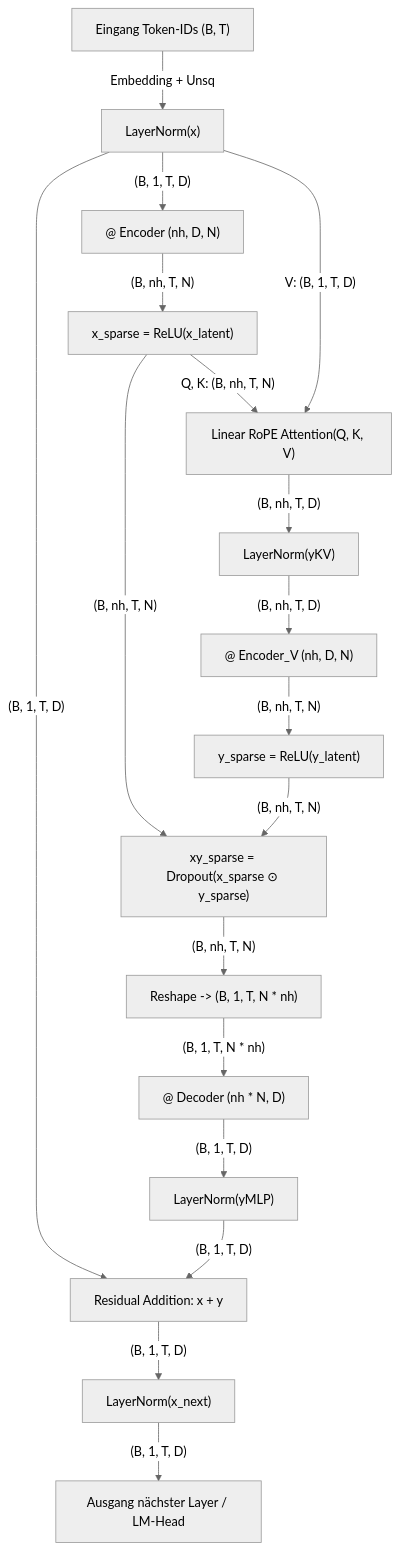
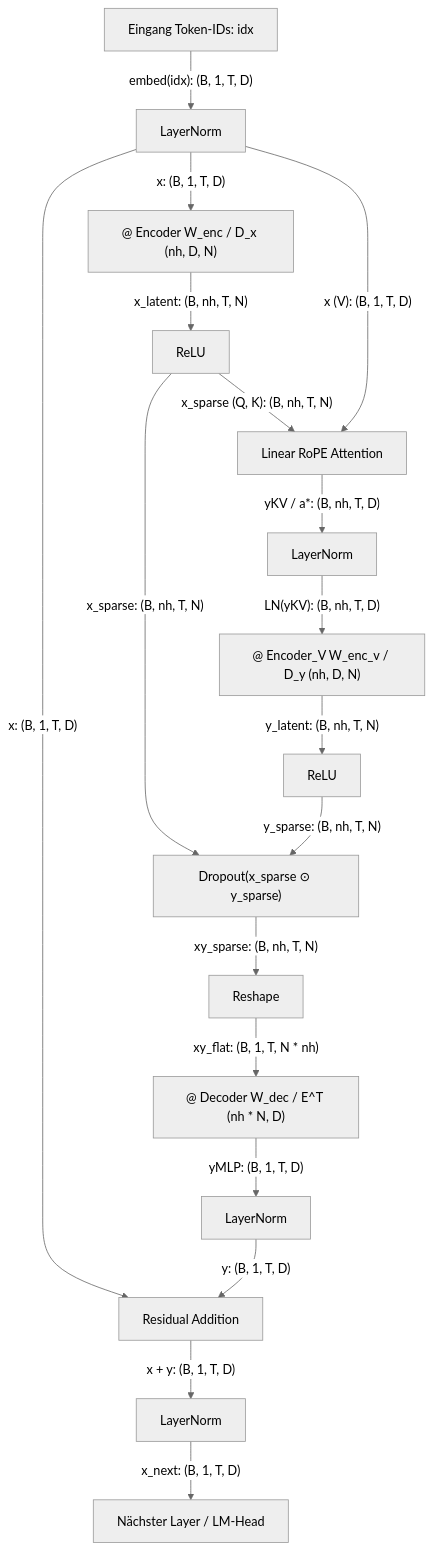
One commit to eberlful/BDH changed the diagram in docs/obsidian/BDH/Modelle/BDH - Baby Dragon Hatchling.md. Above: the diagram before and after it, drawn with Mermaid (neutral theme). The commit also changed 7 other files, not shown here.

Commit message:
feat: initialize continual learning development environment and refactor model architecture to include GPT support

````diff
--- a/docs/obsidian/BDH/Modelle/BDH - Baby Dragon Hatchling.md
+++ b/docs/obsidian/BDH/Modelle/BDH - Baby Dragon Hatchling.md
@@ -33,24 +33,24 @@
 ```mermaid
 graph TD
-    Input["Eingang Token-IDs (B, T)"] -->|Embedding + Unsq| LN1["LayerNorm(x)"]
-    LN1 -->|"(B, 1, T, D)"| Enc["@ Encoder (nh, D, N)"]
-    Enc -->|"(B, nh, T, N)"| ReLU1["x_sparse = ReLU(x_latent)"]
+    Input["Eingang Token-IDs: idx"] -->|"embed(idx): (B, 1, T, D)"| LN1["LayerNorm"]
+    LN1 -->|"x: (B, 1, T, D)"| Enc["@ Encoder W_enc / D_x (nh, D, N)"]
+    Enc -->|"x_latent: (B, nh, T, N)"| ReLU1["ReLU"]
     
-    ReLU1 -->|"Q, K: (B, nh, T, N)"| Attn["Linear RoPE Attention(Q, K, V)"]
-    LN1 -->|"V: (B, 1, T, D)"| Attn
-    Attn -->|"(B, nh, T, D)"| LN2["LayerNorm(yKV)"]
-    LN2 -->|"(B, nh, T, D)"| EncV["@ Encoder_V (nh, D, N)"]
-    EncV -->|"(B, nh, T, N)"| ReLU2["y_sparse = ReLU(y_latent)"]
+    ReLU1 -->|"x_sparse (Q, K): (B, nh, T, N)"| Attn["Linear RoPE Attention"]
+    LN1 -->|"x (V): (B, 1, T, D)"| Attn
+    Attn -->|"yKV / a*: (B, nh, T, D)"| LN2["LayerNorm"]
+    LN2 -->|"LN(yKV): (B, nh, T, D)"| EncV["@ Encoder_V W_enc_v / D_y (nh, D, N)"]
+    EncV -->|"y_latent: (B, nh, T, N)"| ReLU2["ReLU"]
     
-    ReLU1 -->|"(B, nh, T, N)"| Mult["xy_sparse = Dropout(x_sparse ⊙ y_sparse)"]
-    ReLU2 -->|"(B, nh, T, N)"| Mult
+    ReLU1 -->|"x_sparse: (B, nh, T, N)"| Mult["Dropout(x_sparse ⊙ y_sparse)"]
+    ReLU2 -->|"y_sparse: (B, nh, T, N)"| Mult
     
-    Mult -->|"(B, nh, T, N)"| Reshape["Reshape -> (B, 1, T, N * nh)"]
-    Reshape -->|"(B, 1, T, N * nh)"| Dec["@ Decoder (nh * N, D)"]
-    Dec -->|"(B, 1, T, D)"| LN3["LayerNorm(yMLP)"]
+    Mult -->|"xy_sparse: (B, nh, T, N)"| Reshape["Reshape"]
+    Reshape -->|"xy_flat: (B, 1, T, N * nh)"| Dec["@ Decoder W_dec / E^T (nh * N, D)"]
+    Dec -->|"yMLP: (B, 1, T, D)"| LN3["LayerNorm"]
     
-    LN1 -->|"(B, 1, T, D)"| Add["Residual Addition: x + y"]
-    LN3 -->|"(B, 1, T, D)"| Add
-    Add -->|"(B, 1, T, D)"| LN4["LayerNorm(x_next)"]
-    LN4 -->|"(B, 1, T, D)"| Output["Ausgang nächster Layer / LM-Head"]
+    LN1 -->|"x: (B, 1, T, D)"| Add["Residual Addition"]
+    LN3 -->|"y: (B, 1, T, D)"| Add
+    Add -->|"x + y: (B, 1, T, D)"| LN4["LayerNorm"]
+    LN4 -->|"x_next: (B, 1, T, D)"| Output["Nächster Layer / LM-Head"]
 ```
````
